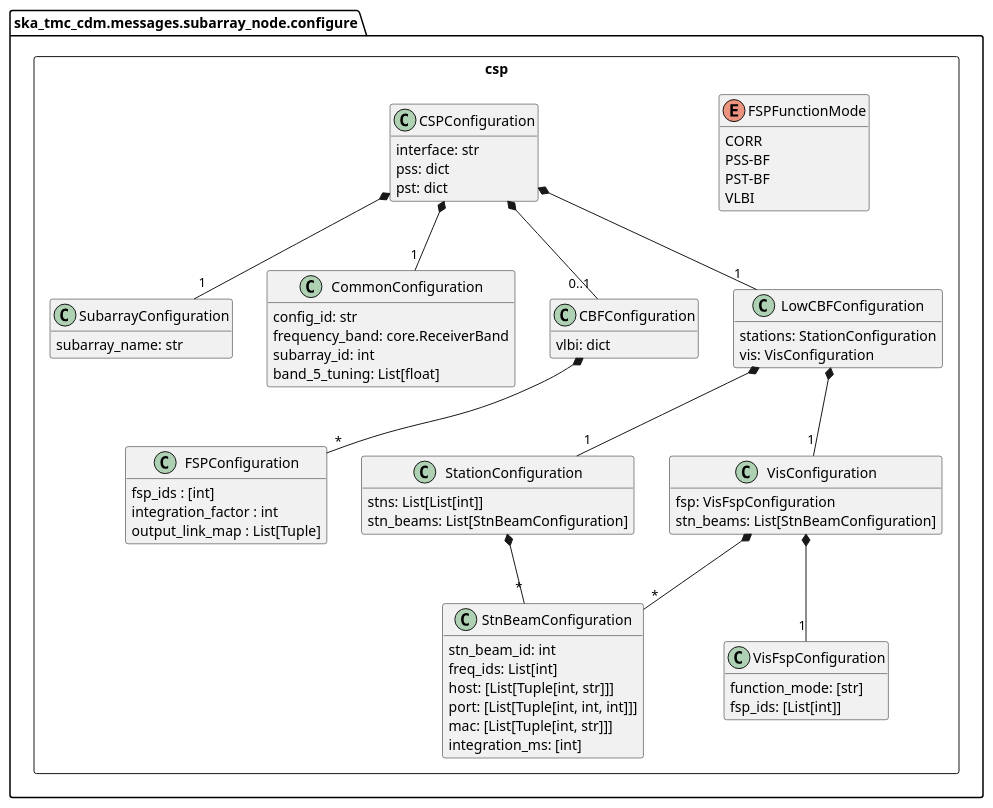
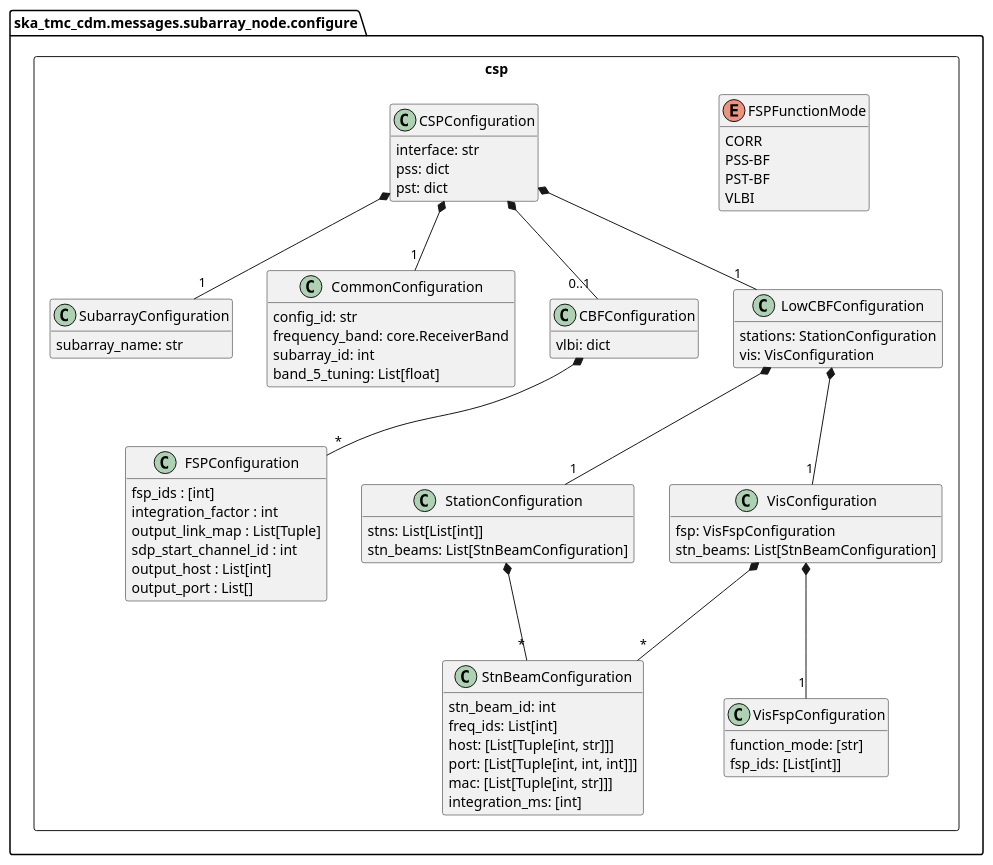
The diagram in docs/src/developer/subarraynode/csp.puml (ska-telescope/cdm-shared-library), drawn with PlantUML before and after one commit. The commit also changed 5 other files, not shown here.

Commit message:
STAR-558: Adding fields sdp_start_channel_id, output_host, output_port, tests are unresolved

```diff
--- a/docs/src/developer/subarraynode/csp.puml
+++ b/docs/src/developer/subarraynode/csp.puml
@@ -1,89 +1,92 @@
 @startuml
 hide empty members
 
 ' Remove the following lines when VLBI, PSS and PST
 ' are added to CDM
 remove VLBIConfiguration
 remove PSTConfiguration
 remove PSSConfiguration
 
 set separator none 
 package ska_tmc_cdm.messages.subarray_node.configure {
 	package csp <<Rectangle>> {
 	    class SubarrayConfiguration {
 	        subarray_name: str
 	    }
 
 	    class CommonConfiguration {
 	        config_id: str
             frequency_band: core.ReceiverBand
             subarray_id: int
             band_5_tuning: List[float]
 	    }
 
 	    class CBFConfiguration {
             vlbi: dict
 	    }
 
 		enum FSPFunctionMode {
 			CORR
 			PSS-BF
 			PST-BF
 			VLBI
 		}
 
 		class FSPConfiguration {
 			fsp_ids : [int]
 			integration_factor : int
 			output_link_map : List[Tuple]
+			sdp_start_channel_id : int
+			output_host : List[int]
+			output_port : List[]
 		}
 
 		class CSPConfiguration {
 	        interface: str
 	        pss: dict
 	        pst: dict
 
 		}
 
 		class LowCBFConfiguration {
 			stations: StationConfiguration 
 			vis: VisConfiguration
 		}
 
 		class StationConfiguration {
 			stns: List[List[int]]
         	stn_beams: List[StnBeamConfiguration]
 		}
 		
 		class StnBeamConfiguration {
 			stn_beam_id: int
 			freq_ids: List[int]
 			host: [List[Tuple[int, str]]]
 			port: [List[Tuple[int, int, int]]]
 			mac: [List[Tuple[int, str]]]
 			integration_ms: [int]
 		}
 
 		class VisConfiguration {
 			fsp: VisFspConfiguration
 			stn_beams: List[StnBeamConfiguration]
 		}
 
 		class VisFspConfiguration {
 			function_mode: [str]
 			fsp_ids: [List[int]]
 		}
 
 		CBFConfiguration *-- "*" FSPConfiguration
 		CSPConfiguration *-- "1" CommonConfiguration
 		CSPConfiguration *-- "1" SubarrayConfiguration
 		CSPConfiguration *-- "0..1" CBFConfiguration
 		CSPConfiguration *-- "1" LowCBFConfiguration
 		LowCBFConfiguration *-- "1" StationConfiguration
 		LowCBFConfiguration *-- "1" VisConfiguration
 		VisConfiguration *-- "1" VisFspConfiguration
 		VisConfiguration *-- "*" StnBeamConfiguration
 		StationConfiguration *-- "*" StnBeamConfiguration
 	}	
 }
 @enduml
```
